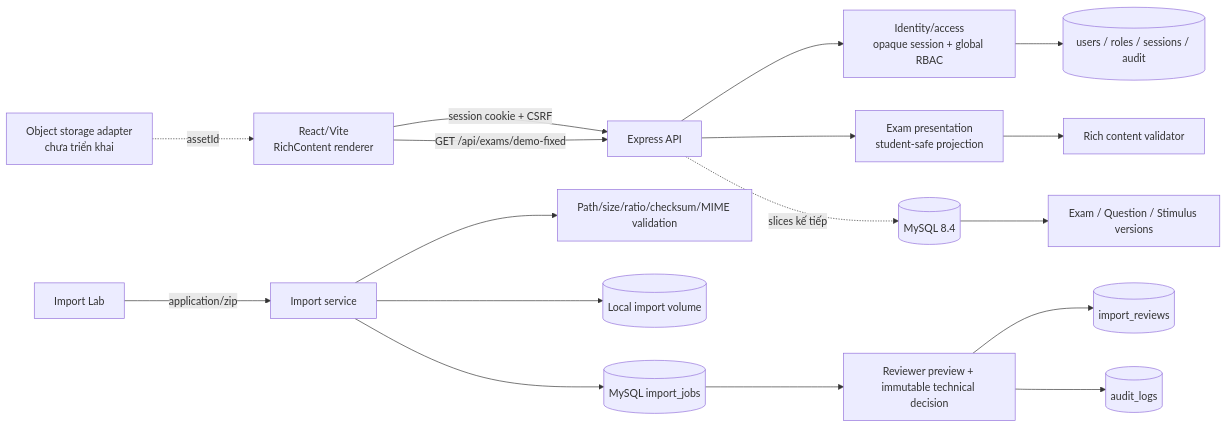
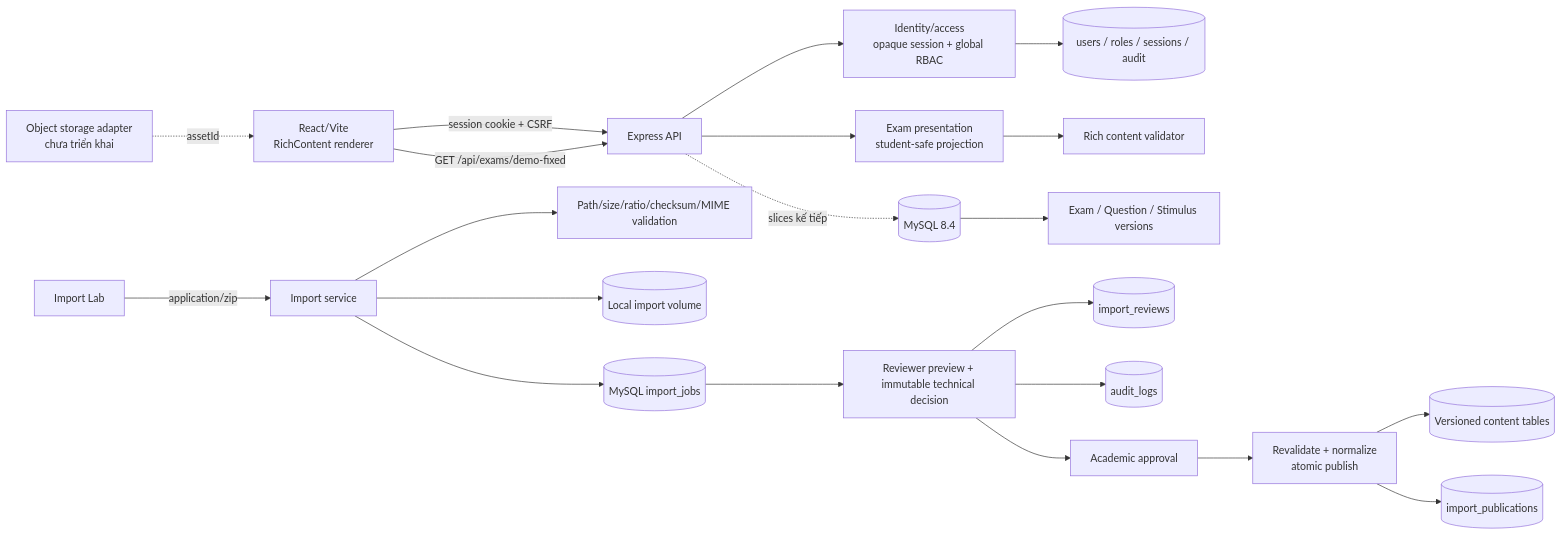
The diagram in docs/ARCHITECTURE.md (Datkoishi/martinlearningsystems), drawn with Mermaid before and after one commit. The commit also changed other lines of this file and 29 other files, not shown here.

Commit message:
feat(import): add academic atomic publication

````diff
--- a/docs/ARCHITECTURE.md
+++ b/docs/ARCHITECTURE.md
@@ -5,19 +5,23 @@
 ```mermaid
 flowchart LR
   UI[React/Vite\nRichContent renderer] -->|session cookie + CSRF| API[Express API]
   API --> Identity[Identity/access\nopaque session + global RBAC]
   Identity --> IdentityDB[(users / roles / sessions / audit)]
   UI -->|GET /api/exams/demo-fixed| API
   API --> Present[Exam presentation\nstudent-safe projection]
   Present --> Validate[Rich content validator]
   API -. slices kế tiếp .-> DB[(MySQL 8.4)]
   DB --> Versions[Exam / Question / Stimulus versions]
   Assets[Object storage adapter\nchưa triển khai] -. assetId .-> UI
   Lab[Import Lab] -->|application/zip| Import[Import service]
   Import --> SafeZip[Path/size/ratio/checksum/MIME validation]
   Import --> Store[(Local import volume)]
   Import --> Jobs[(MySQL import_jobs)]
   Jobs --> Review[Reviewer preview + immutable technical decision]
   Review --> ReviewAudit[(import_reviews)]
   Review --> Audit[(audit_logs)]
+  Review --> Academic[Academic approval]
+  Academic --> Publish[Revalidate + normalize\natomic publish]
+  Publish --> Catalog[(Versioned content tables)]
+  Publish --> Publication[(import_publications)]
 ```
````
